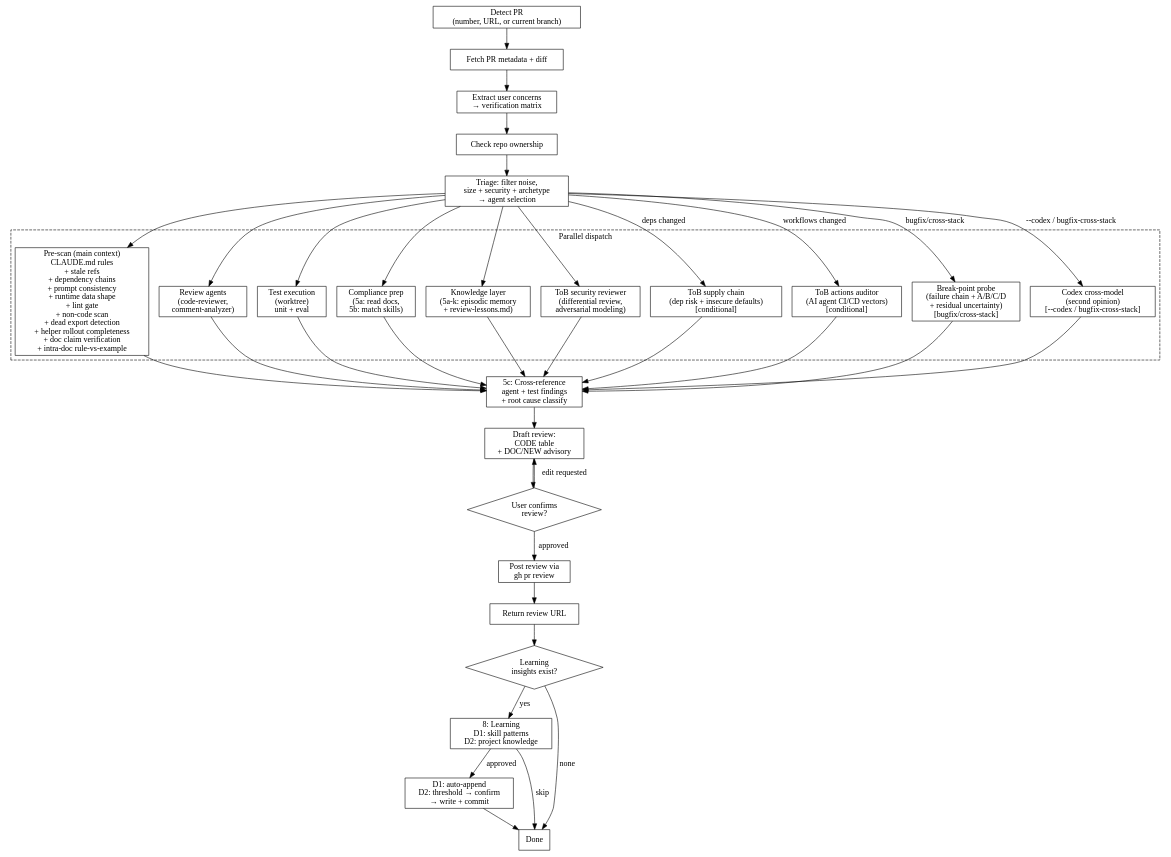
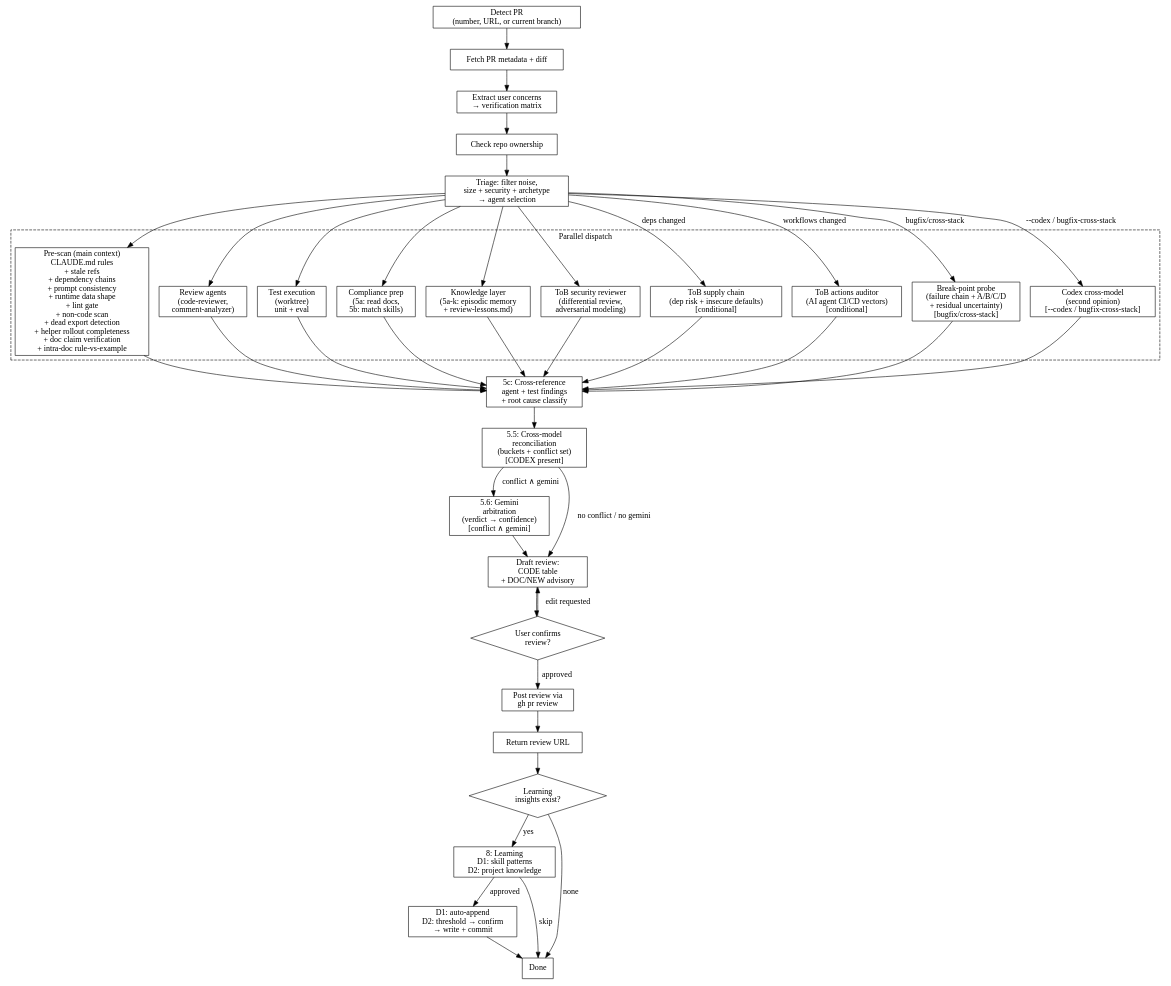
The diagram in kc-pr-flow/skills/kc-pr-review/SKILL.md (iamcxa/kc-claude-plugins), drawn with Graphviz before and after one commit. The commit also changed other lines of this file and 10 other files, not shown here.

First line of the commit message:
feat(kc-pr-flow): cross-model adversarial review + Gemini arbitration (§5.5/5.6)

````diff
--- a/kc-pr-flow/skills/kc-pr-review/SKILL.md
+++ b/kc-pr-flow/skills/kc-pr-review/SKILL.md
@@ -12,76 +12,82 @@
 ```dot
 digraph review_pr {
   rankdir=TB;
   node [shape=box];
 
   detect [label="Detect PR\n(number, URL, or current branch)"];
   fetch [label="Fetch PR metadata + diff"];
   concerns [label="Extract user concerns\n→ verification matrix"];
   ownership [label="Check repo ownership"];
   triage [label="Triage: filter noise,\nsize + security + archetype\n→ agent selection"];
 
   subgraph cluster_parallel {
     label="Parallel dispatch";
     style=dashed;
     prescan [label="Pre-scan (main context)\nCLAUDE.md rules\n+ stale refs\n+ dependency chains\n+ prompt consistency\n+ runtime data shape\n+ lint gate\n+ non-code scan\n+ dead export detection\n+ helper rollout completeness\n+ doc claim verification\n+ intra-doc rule-vs-example"];
     review [label="Review agents\n(code-reviewer,\ncomment-analyzer)"];
     tests [label="Test execution\n(worktree)\nunit + eval"];
     audit_prep [label="Compliance prep\n(5a: read docs,\n5b: match skills)"];
     knowledge [label="Knowledge layer\n(5a-k: episodic memory\n+ review-lessons.md)"];
     tob_security [label="ToB security reviewer\n(differential review,\nadversarial modeling)"];
     tob_supply [label="ToB supply chain\n(dep risk + insecure defaults)\n[conditional]"];
     tob_actions [label="ToB actions auditor\n(AI agent CI/CD vectors)\n[conditional]"];
     probe [label="Break-point probe\n(failure chain + A/B/C/D\n+ residual uncertainty)\n[bugfix/cross-stack]"];
     codex [label="Codex cross-model\n(second opinion)\n[--codex / bugfix-cross-stack]"];
   }
 
   classify [label="5c: Cross-reference\nagent + test findings\n+ root cause classify"];
+  reconcile [label="5.5: Cross-model\nreconciliation\n(buckets + conflict set)\n[CODEX present]"];
+  arbitrate [label="5.6: Gemini\narbitration\n(verdict → confidence)\n[conflict ∧ gemini]"];
   draft [label="Draft review:\nCODE table\n+ DOC/NEW advisory"];
 
   node [shape=diamond];
   confirm [label="User confirms\nreview?"];
 
   node [shape=box];
   post [label="Post review via\ngh pr review"];
   review_url [label="Return review URL"];
 
   node [shape=diamond];
   has_learning [label="Learning\ninsights exist?"];
 
   node [shape=box];
   capture [label="8: Learning\nD1: skill patterns\nD2: project knowledge"];
   write_knowledge [label="D1: auto-append\nD2: threshold → confirm\n→ write + commit"];
   end_node [label="Done"];
 
   detect -> fetch -> concerns -> ownership -> triage;
   triage -> prescan;
   triage -> review;
   triage -> tests;
   triage -> audit_prep;
   triage -> knowledge;
   triage -> tob_security;
   triage -> tob_supply [label="deps changed"];
   triage -> tob_actions [label="workflows changed"];
   triage -> probe [label="bugfix/cross-stack"];
   triage -> codex [label="--codex / bugfix-cross-stack"];
   prescan -> classify;
   review -> classify;
   tests -> classify;
   audit_prep -> classify;
   knowledge -> classify;
   tob_security -> classify;
   tob_supply -> classify;
   tob_actions -> classify;
   probe -> classify;
   codex -> classify;
-  classify -> draft -> confirm;
+  classify -> reconcile;
+  reconcile -> arbitrate [label="conflict ∧ gemini"];
+  reconcile -> draft [label="no conflict / no gemini"];
+  arbitrate -> draft;
+  draft -> confirm;
   confirm -> post [label="approved"];
   confirm -> draft [label="edit requested"];
   post -> review_url -> has_learning;
   has_learning -> capture [label="yes"];
   has_learning -> end_node [label="none"];
   capture -> write_knowledge [label="approved"];
   capture -> end_node [label="skip"];
   write_knowledge -> end_node;
 }
 ```
````
